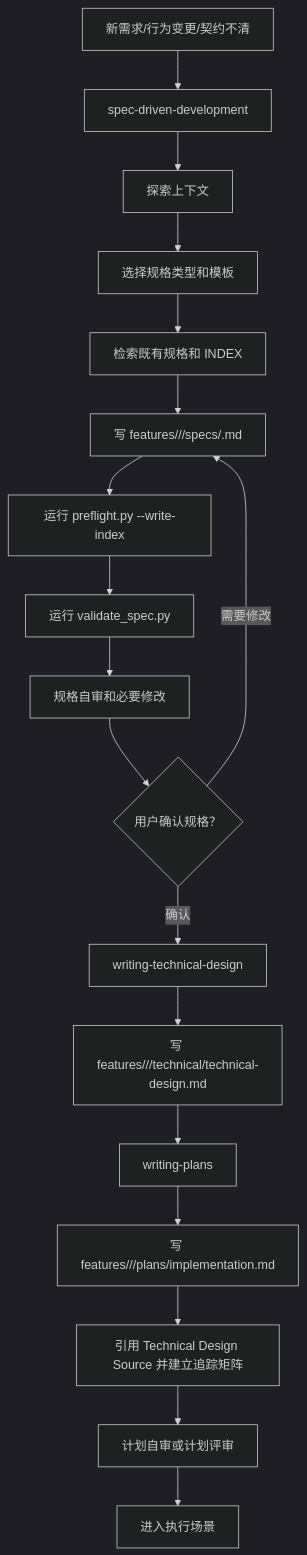
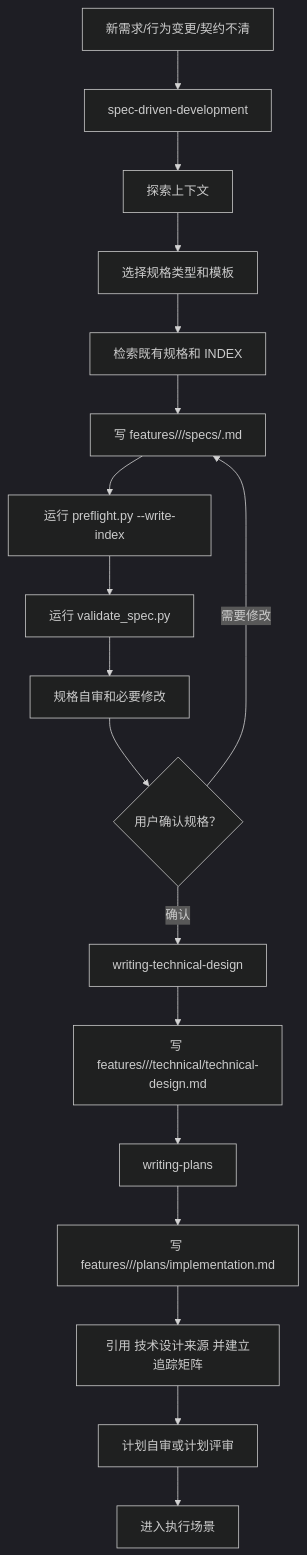
One commit to Vincen-dev/coding-plugins changed the third of 11 diagrams in docs/workflow-chain.md. Above: the diagram before and after it, drawn with Mermaid (dark theme). The commit also changed other lines of this file and 87 other files, not shown here.

````diff
--- a/docs/workflow-chain.md
+++ b/docs/workflow-chain.md
@@ -177,20 +177,20 @@
 ```mermaid
 flowchart TD
   A["新需求/行为变更/契约不清"] --> B["spec-driven-development"]
   B --> C["探索上下文"]
   C --> D["选择规格类型和模板"]
   D --> E["检索既有规格和 INDEX"]
   E --> F["写 features/<area>/<capability>/specs/<spec-kind>.md"]
   F --> G["运行 preflight.py --write-index"]
   G --> H["运行 validate_spec.py"]
   H --> I["规格自审和必要修改"]
   I --> J{"用户确认规格？"}
   J -->|需要修改| F
   J -->|确认| TD["writing-technical-design"]
   TD --> K["写 features/<area>/<capability>/technical/technical-design.md"]
   K --> L["writing-plans"]
   L --> M["写 features/<area>/<capability>/plans/implementation.md"]
-  M --> N["引用 Technical Design Source 并建立追踪矩阵"]
+  M --> N["引用 技术设计来源 并建立追踪矩阵"]
   N --> O["计划自审或计划评审"]
   O --> P["进入执行场景"]
 ```
````
